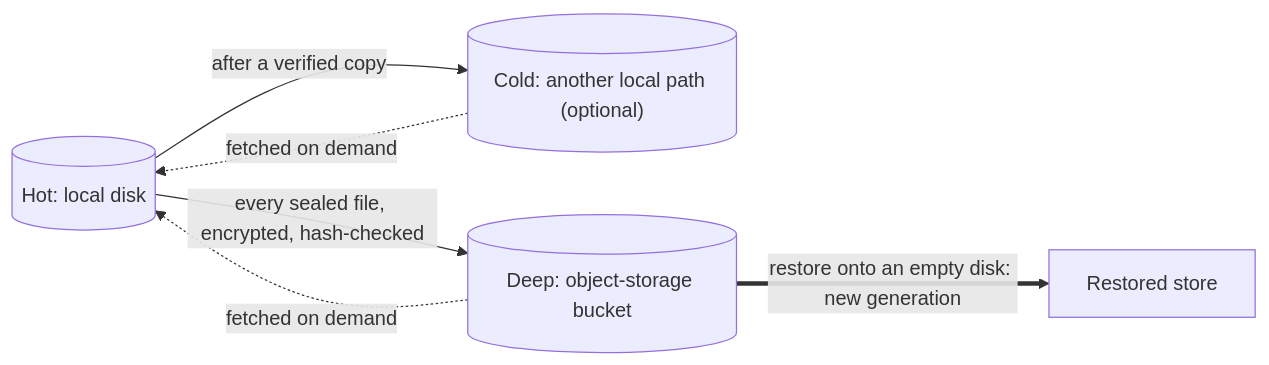
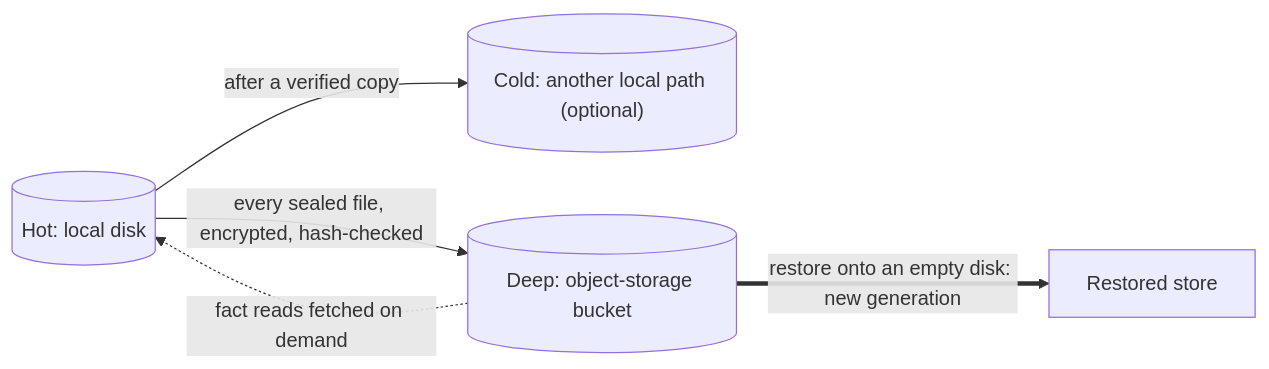
Before and after one commit to hugsmid/kvik: the third of 3 diagrams in README.md, drawn with Mermaid. The commit also changed other lines of this file, not shown here.

````diff
--- a/README.md
+++ b/README.md
@@ -95,8 +103,7 @@
 ```mermaid
 flowchart LR
     H[("Hot: local disk")] -->|"after a verified copy"| CO[("Cold: another local path (optional)")]
     H -->|"every sealed file, encrypted, hash-checked"| DP[("Deep: object-storage bucket")]
-    CO -.->|"fetched on demand"| H
-    DP -.->|"fetched on demand"| H
+    DP -.->|"fact reads fetched on demand"| H
     DP ==>|"restore onto an empty disk: new generation"| R["Restored store"]
 ```
````
